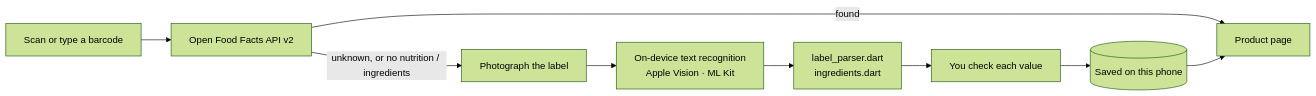
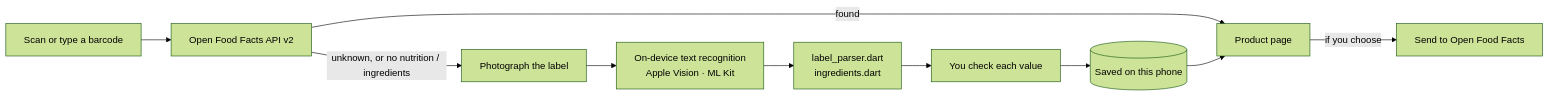
One commit to aslansutu/morsel changed the diagram in README.md. Above: the diagram before and after it, drawn with Mermaid (forest theme). The commit also changed other lines of this file and 23 other files, not shown here.

First line of the commit message:
Send to Open Food Facts: photos, corrections and what a label read

````diff
--- a/README.md
+++ b/README.md
@@ -66,11 +70,12 @@
 ```mermaid
 flowchart LR
     scan["Scan or type a barcode"] --> off["Open Food Facts API v2"]
     off -->|"found"| page["Product page"]
     off -->|"unknown, or no nutrition / ingredients"| photo["Photograph the label"]
     photo --> ocr["On-device text recognition<br/>Apple Vision · ML Kit"]
     ocr --> parse["label_parser.dart<br/>ingredients.dart"]
     parse --> review["You check each value"]
     review --> saved[("Saved on this phone")]
     saved --> page
+    page -->|"if you choose"| send["Send to Open Food Facts"]
 ```
````
